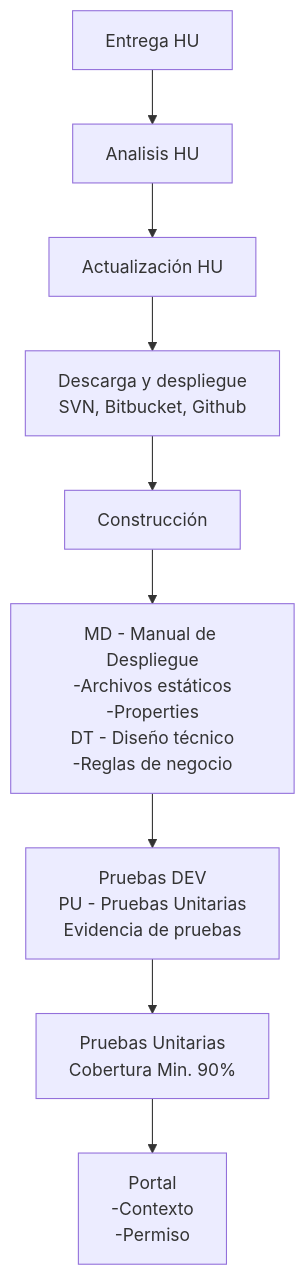
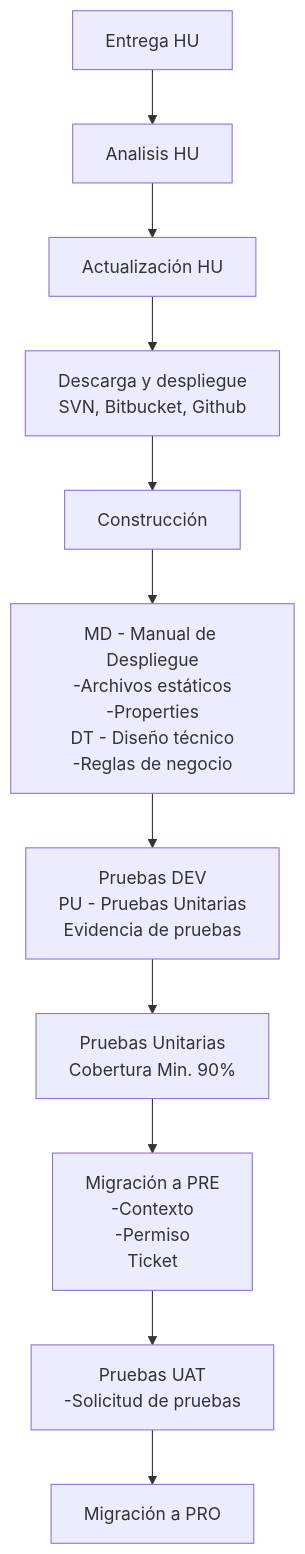
Before and after one commit to Cesarorb/0MiVida: the diagram in Proceso Proyectos.md, drawn with Mermaid. The commit also changed other lines of this file, not shown here.

````diff
--- a/Proceso Proyectos.md
+++ b/Proceso Proyectos.md
@@ -1,13 +1,14 @@
 ```mermaid
 flowchart TD
 	A["Entrega HU"]
 	-->B["Analisis HU"]
 	-->C["Actualización HU"]
 	-->D["Descarga y despliegue</br>SVN, Bitbucket, Github"]
 	-->E["Construcción"]
 	-->F["MD - Manual de Despliegue</br>-Archivos estáticos</br>-Properties</br>DT - Diseño técnico</br>-Reglas de negocio"]
 	-->G["Pruebas DEV</br>PU - Pruebas Unitarias</br>Evidencia de pruebas"]
 	-->H["Pruebas Unitarias</br>Cobertura Min. 90%"]
-	-->I["Portal</br>-Contexto</br>-Permiso"]
-	
+	-->I["Migración a PRE</br>-Contexto</br>-Permiso</br>Ticket"]
+	-->J["Pruebas UAT</br>-Solicitud de pruebas"]
+	-->K["Migración a PRO"]
 ```
````
